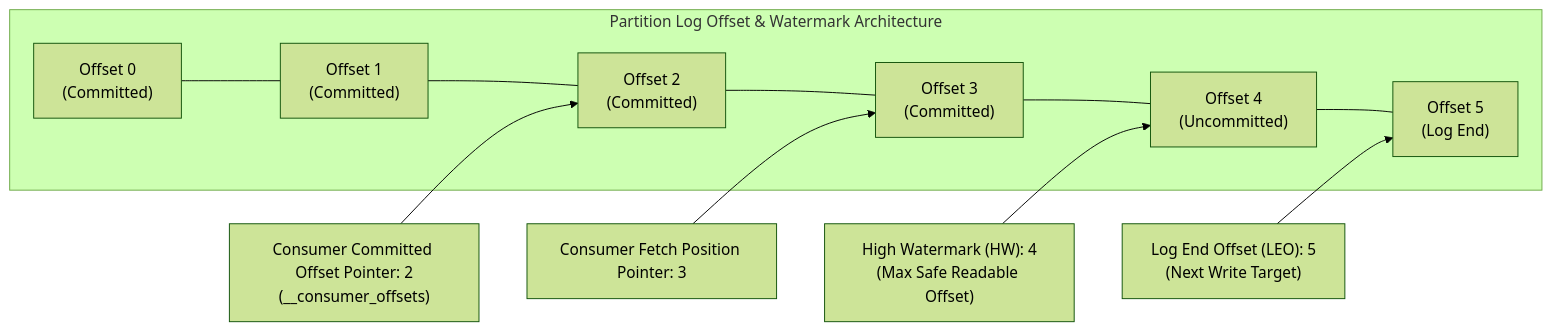
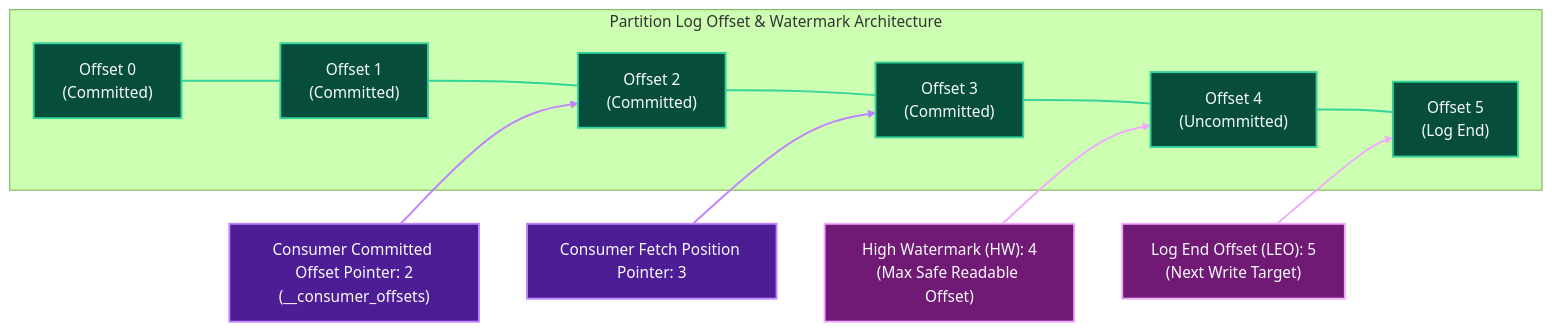
One commit to Chief-Strategist-J/llm-obs-infra changed diagram 12 of 18 in docs/configDoc/kafka-configuration-guide.md. Above: the diagram before and after it, drawn with Mermaid (forest theme). The commit also changed other lines of this file, not shown here.

Commit message:
docs(kafka): reorder component sections to Code -> HLD -> LLD -> Parameters and apply custom color styling to all Mermaid diagrams

````diff
--- a/docs/configDoc/kafka-configuration-guide.md
+++ b/docs/configDoc/kafka-configuration-guide.md
@@ -911,15 +1122,31 @@
 ```mermaid
 graph LR
     subgraph LogSegmentPointers ["Partition Log Offset & Watermark Architecture"]
         O0["Offset 0<br/>(Committed)"] --- O1["Offset 1<br/>(Committed)"]
         O1 --- O2["Offset 2<br/>(Committed)"]
         O2 --- O3["Offset 3<br/>(Committed)"]
         O3 --- O4["Offset 4<br/>(Uncommitted)"]
         O4 --- O5["Offset 5<br/>(Log End)"]
     end
 
     CommittedPointer["Consumer Committed Offset Pointer: 2<br/>(__consumer_offsets)"] --> O2
     FetchPosition["Consumer Fetch Position Pointer: 3"] --> O3
     HWPointer["High Watermark (HW): 4<br/>(Max Safe Readable Offset)"] --> O4
     LEOPointer["Log End Offset (LEO): 5<br/>(Next Write Target)"] --> O5
+
+    style O0 fill:#064e3b,stroke:#34d399,stroke-width:2px,color:#f8fafc
+    style O1 fill:#064e3b,stroke:#34d399,stroke-width:2px,color:#f8fafc
+    style O2 fill:#064e3b,stroke:#34d399,stroke-width:2px,color:#f8fafc
+    style O3 fill:#064e3b,stroke:#34d399,stroke-width:2px,color:#f8fafc
+    style O4 fill:#064e3b,stroke:#34d399,stroke-width:2px,color:#f8fafc
+    style O5 fill:#064e3b,stroke:#34d399,stroke-width:2px,color:#f8fafc
+
+    style CommittedPointer fill:#4c1d95,stroke:#c084fc,stroke-width:2px,color:#f8fafc
+    style FetchPosition fill:#4c1d95,stroke:#c084fc,stroke-width:2px,color:#f8fafc
+    style HWPointer fill:#701a75,stroke:#f0abfc,stroke-width:2px,color:#f8fafc
+    style LEOPointer fill:#701a75,stroke:#f0abfc,stroke-width:2px,color:#f8fafc
+
+    linkStyle 0,1,2,3,4 stroke:#34d399,stroke-width:2px;
+    linkStyle 5,6 stroke:#c084fc,stroke-width:2px;
+    linkStyle 7,8 stroke:#f0abfc,stroke-width:2px;
 ```
````
